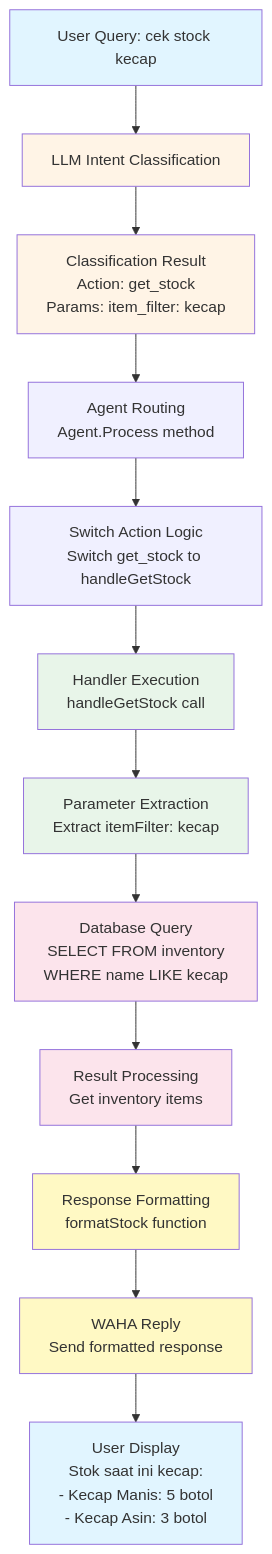
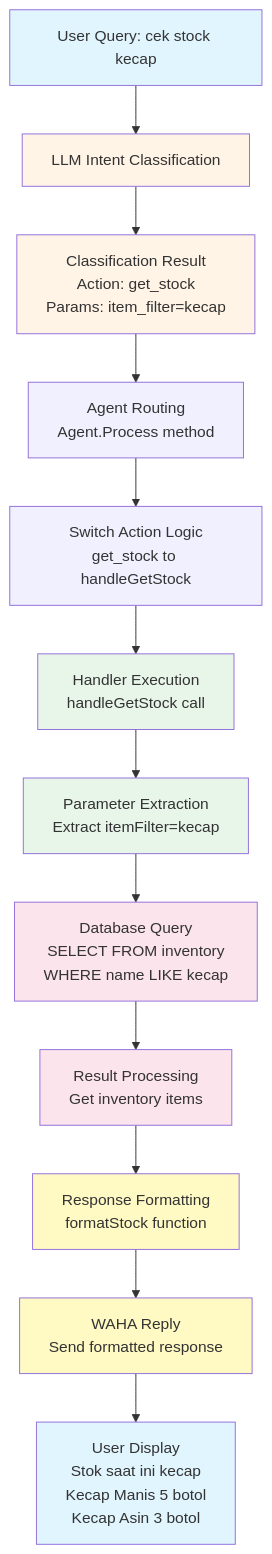
One commit to skyapps-id/smart-ledger-agent changed the third of 5 diagrams in README.md. Above: the diagram before and after it, drawn with Mermaid. The commit also changed other lines of this file, not shown here.

Commit message:
fix: remove special characters from mermaid node labels
Remove colons and special characters from mermaid diagram node labels
to ensure compatibility with GitHub mermaid renderer. Replace colons
with simpler text format and ensure all node labels use clean text.

This fixes parse errors and ensures diagrams render correctly on GitHub.

````diff
--- a/README.md
+++ b/README.md
@@ -90,27 +90,27 @@
 ```mermaid
 flowchart TD
     A[User Query: cek stock kecap] --> B[LLM Intent Classification]
-    B --> C[Classification Result<br/>Action: get_stock<br/>Params: item_filter: kecap]
+    B --> C[Classification Result<br/>Action: get_stock<br/>Params: item_filter=kecap]
     C --> D[Agent Routing<br/>Agent.Process method]
-    D --> E[Switch Action Logic<br/>Switch get_stock to handleGetStock]
+    D --> E[Switch Action Logic<br/>get_stock to handleGetStock]
     E --> F[Handler Execution<br/>handleGetStock call]
-    F --> G[Parameter Extraction<br/>Extract itemFilter: kecap]
+    F --> G[Parameter Extraction<br/>Extract itemFilter=kecap]
     G --> H[Database Query<br/>SELECT FROM inventory<br/>WHERE name LIKE kecap]
     H --> I[Result Processing<br/>Get inventory items]
     I --> J[Response Formatting<br/>formatStock function]
     J --> K[WAHA Reply<br/>Send formatted response]
-    K --> L[User Display<br/>Stok saat ini kecap:<br/>- Kecap Manis: 5 botol<br/>- Kecap Asin: 3 botol]
+    K --> L[User Display<br/>Stok saat ini kecap<br/>Kecap Manis 5 botol<br/>Kecap Asin 3 botol]
     
     style A fill:#e1f5ff
     style B fill:#fff4e6
     style C fill:#fff4e6
     style D fill:#f0f0ff
     style E fill:#f0f0ff
     style F fill:#e8f5e9
     style G fill:#e8f5e9
     style H fill:#fce4ec
     style I fill:#fce4ec
     style J fill:#fff9c4
     style K fill:#fff9c4
     style L fill:#e1f5ff
 ```
````
